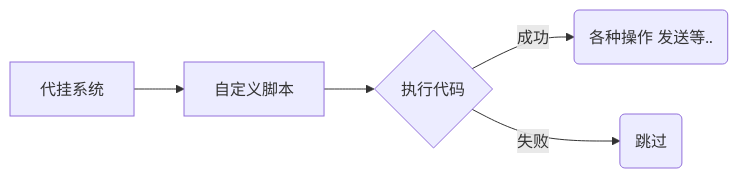
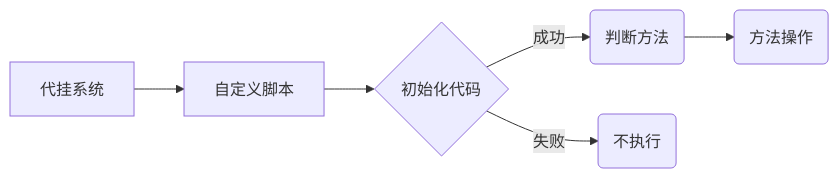
The first of 2 diagrams in readme.md (gdpl2112/dg-script), drawn with Mermaid before and after one commit. The commit also changed other lines of this file and 21 other files, not shown here.

````diff
--- a/readme.md
+++ b/readme.md
@@ -6,9 +6,10 @@
 ```mermaid
 graph LR
     A[代挂系统] --> B[自定义脚本]
-    B --> C{执行代码}
+    B --> C{初始化代码}
     C --> |成功|D
     C --> |失败|E
-    D(各种操作 发送等..)
-    E(跳过)
+    D(判断方法) --> F(执行方法)
+    E(不执行)
+    F(方法操作)
 ```
````
